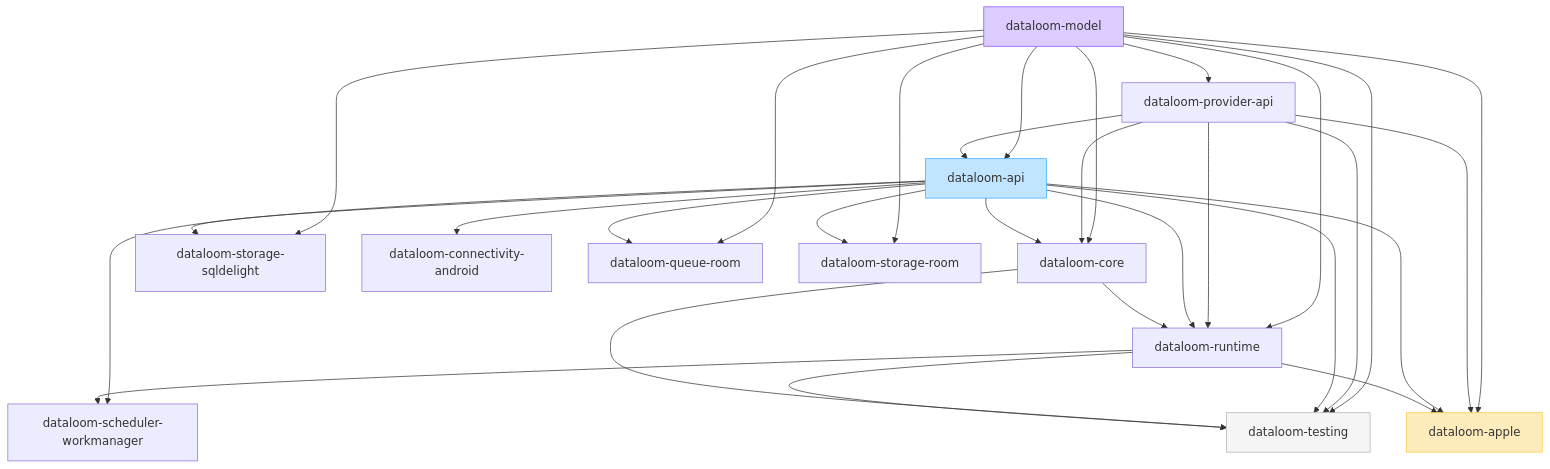
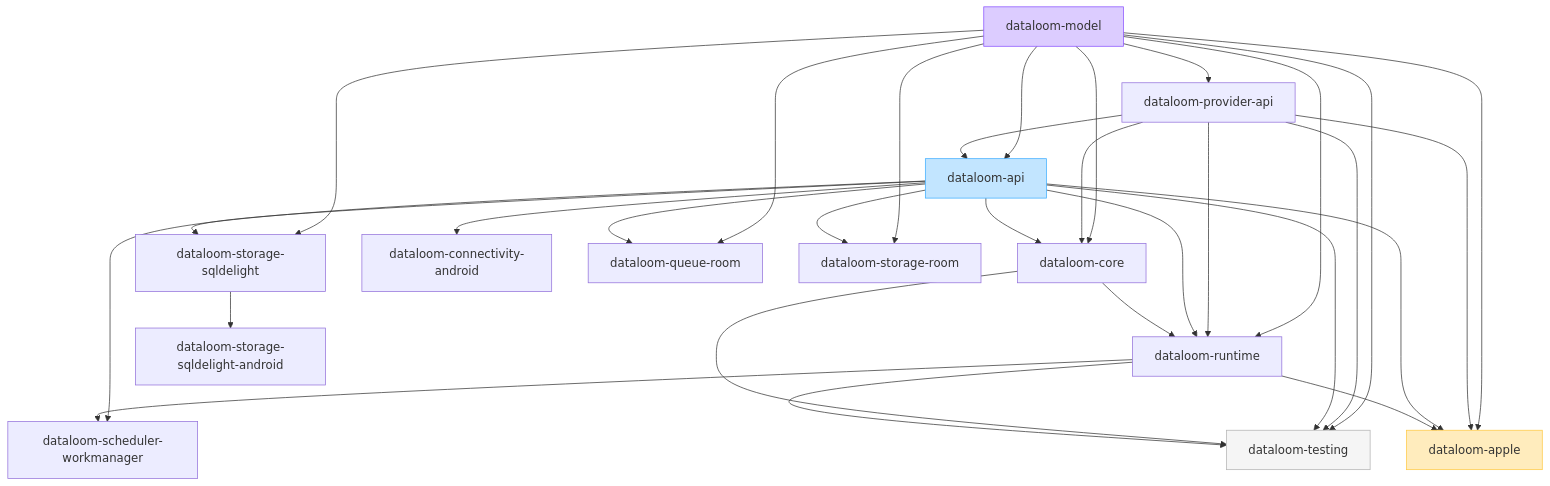
Before and after one commit to dataloom-sdk/dataloom: the diagram in docs/architecture/modules.md, drawn with Mermaid. The commit also changed other lines of this file and 12 other files, not shown here.

````diff
--- a/docs/architecture/modules.md
+++ b/docs/architecture/modules.md
@@ -28,49 +28,51 @@
 ```mermaid
 flowchart TD
     model[dataloom-model]
     providerApi[dataloom-provider-api]
     api[dataloom-api]
     core[dataloom-core]
     runtime[dataloom-runtime]
     sqldelight[dataloom-storage-sqldelight]
     testing[dataloom-testing]
     connectivity[dataloom-connectivity-android]
     room[dataloom-queue-room]
     storageRoom[dataloom-storage-room]
+    sqldelightAndroid[dataloom-storage-sqldelight-android]
     work[dataloom-scheduler-workmanager]
     apple[dataloom-apple]
 
     model --> providerApi
     model --> api
     providerApi --> api
     model --> core
     providerApi --> core
     api --> core
     model --> runtime
     providerApi --> runtime
     api --> runtime
     core --> runtime
     model --> testing
     providerApi --> testing
     api --> testing
     core --> testing
     runtime --> testing
     api --> connectivity
     model --> room
     api --> room
     model --> sqldelight
     api --> sqldelight
     model --> storageRoom
     api --> storageRoom
+    sqldelight --> sqldelightAndroid
     api --> work
     runtime --> work
     model --> apple
     providerApi --> apple
     api --> apple
     runtime --> apple
 
     style model fill:#DCCCFF,stroke:#874FFF
     style api fill:#C2E5FF,stroke:#3DADFF
     style testing fill:#F5F5F5,stroke:#B3B3B3
     style apple fill:#FFECBD,stroke:#FFC943
 ```
````
